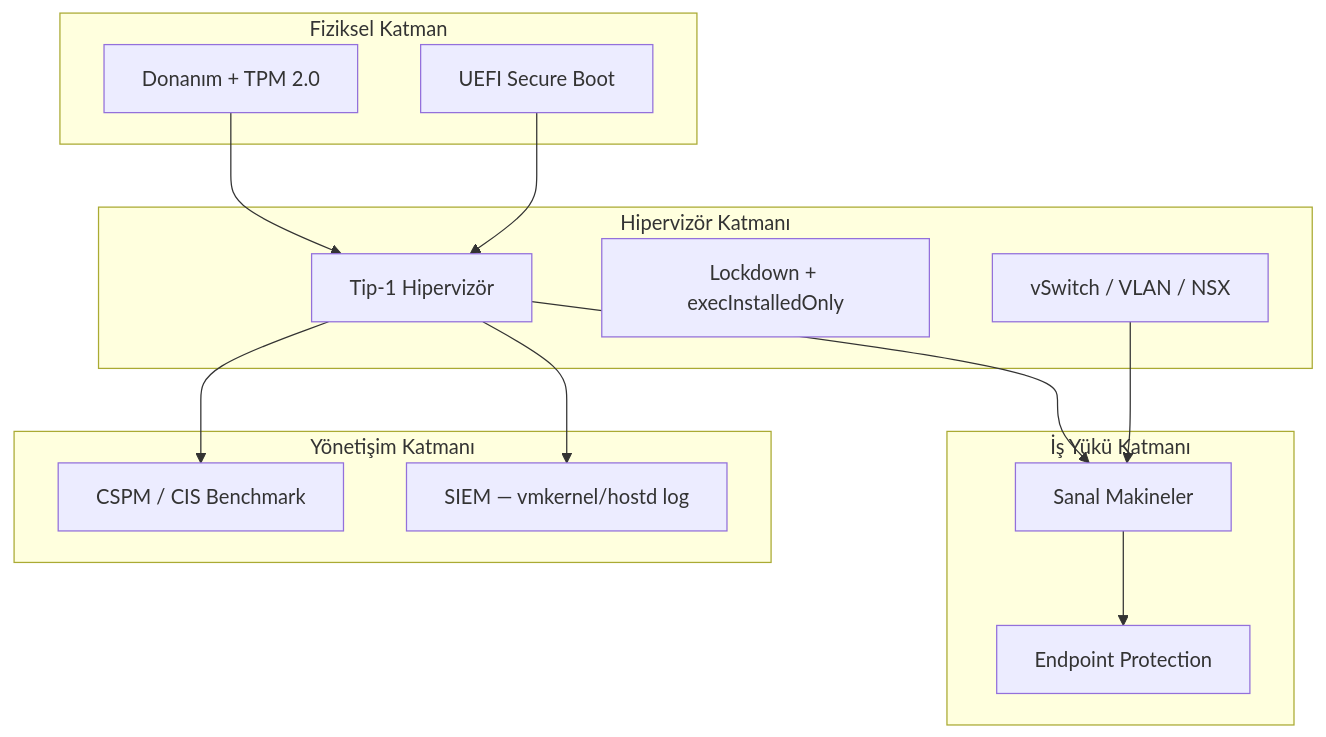
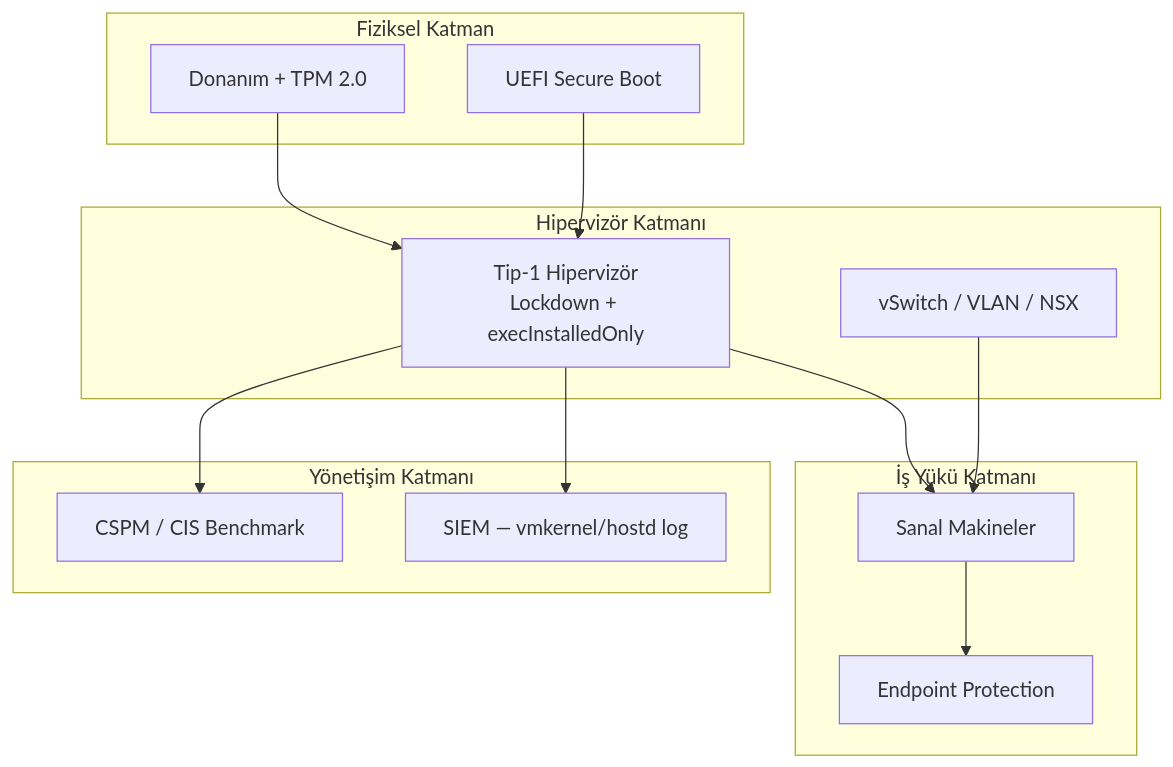
Before and after one commit to yusufarbc/Siber-Guvenlik-Rehberi: the diagram in src/content/docs/11-bulut-guvenligi/01-sanallastirma-ve-bulut-servisleri.md, drawn with Mermaid. The commit also changed 13 other files, not shown here.

First line of the commit message:
Mermaid diyagramlarındaki yapısal sorunları düzelt, kalabalık olanları sadeleştir

````diff
--- a/src/content/docs/11-bulut-guvenligi/01-sanallastirma-ve-bulut-servisleri.md
+++ b/src/content/docs/11-bulut-guvenligi/01-sanallastirma-ve-bulut-servisleri.md
@@ -42,27 +42,26 @@
 ```mermaid
 flowchart TB
     subgraph Physical["Fiziksel Katman"]
         HW[Donanım + TPM 2.0]
         SB[UEFI Secure Boot]
     end
     subgraph Hypervisor["Hipervizör Katmanı"]
-        HV[Tip-1 Hipervizör]
-        LM[Lockdown + execInstalledOnly]
+        HV["Tip-1 Hipervizör<br/>Lockdown + execInstalledOnly"]
         FW[vSwitch / VLAN / NSX]
     end
     subgraph Workload["İş Yükü Katmanı"]
         VM[Sanal Makineler]
         EP[Endpoint Protection]
     end
     subgraph Governance["Yönetişim Katmanı"]
         CSPM[CSPM / CIS Benchmark]
         SIEM[SIEM — vmkernel/hostd log]
     end
     HW --> HV
     SB --> HV
     HV --> VM
     FW --> VM
     VM --> EP
     HV --> CSPM
     HV --> SIEM
 ```
````
